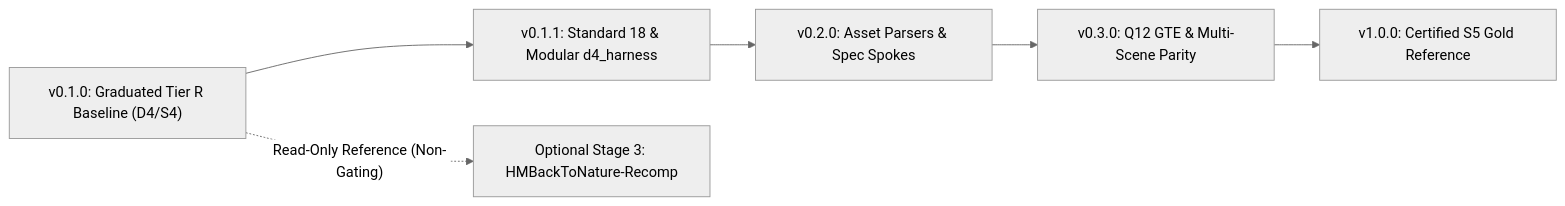
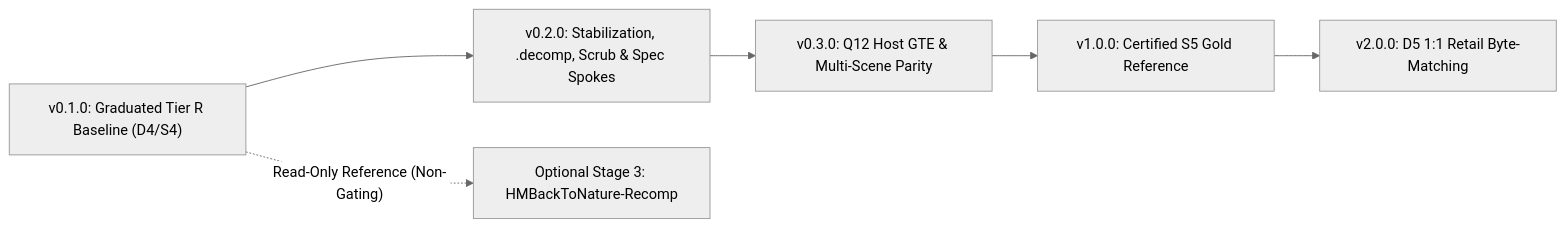
One commit to StreamResearch/HarvestMoonBackToNature-PlayStation changed the diagram in ROADMAP.md. Above: the diagram before and after it, drawn with Mermaid (neutral theme). The commit also changed other lines of this file and 7 other files, not shown here.

````diff
--- a/ROADMAP.md
+++ b/ROADMAP.md
@@ -14,8 +15,8 @@
 ```mermaid
 flowchart LR
-    V010["v0.1.0: Graduated Tier R Baseline (D4/S4)"] --> V011["v0.1.1: Standard 18 & Modular d4_harness"]
-    V011 --> V020["v0.2.0: Asset Parsers & Spec Spokes"]
-    V020 --> V030["v0.3.0: Q12 GTE & Multi-Scene Parity"]
+    V010["v0.1.0: Graduated Tier R Baseline (D4/S4)"] --> V020["v0.2.0: Stabilization, .decomp, Scrub & Spec Spokes"]
+    V020 --> V030["v0.3.0: Q12 Host GTE & Multi-Scene Parity"]
     V030 --> V100["v1.0.0: Certified S5 Gold Reference"]
+    V100 --> V200["v2.0.0: D5 1:1 Retail Byte-Matching"]
     V010 -. "Read-Only Reference (Non-Gating)" .-> OptR["Optional Stage 3: HMBackToNature-Recomp"]
 ```
````
